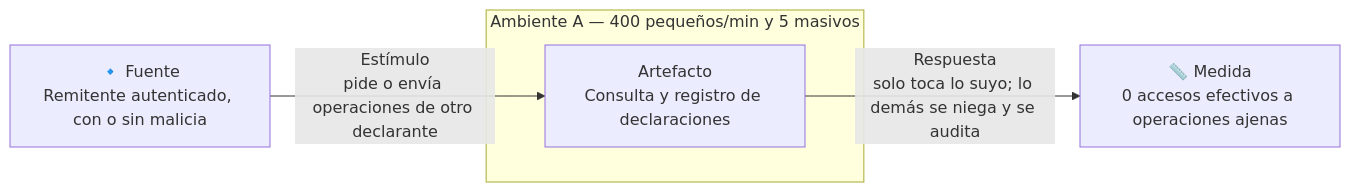
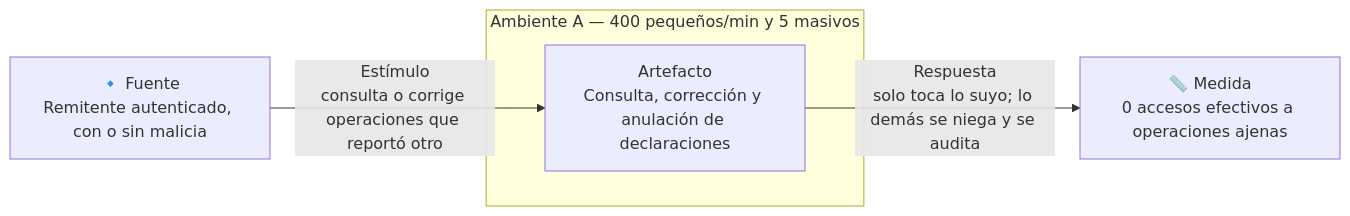
The tenth of 17 diagrams in docs/quality-attributes.md (MATI-MBIT/arqsoft-reto-4), drawn with Mermaid before and after one commit. The commit also changed other lines of this file and 5 other files, not shown here.

````diff
--- a/docs/quality-attributes.md
+++ b/docs/quality-attributes.md
@@ -357,9 +365,9 @@
 ```mermaid
 flowchart LR
     F["🔹 Fuente<br/>Remitente autenticado, con o sin malicia"]
-    F -- "Estímulo<br/>pide o envía operaciones de otro declarante" --> A
+    F -- "Estímulo<br/>consulta o corrige operaciones que reportó otro" --> A
     subgraph AMB["Ambiente A — 400 pequeños/min y 5 masivos"]
-        A["Artefacto<br/>Consulta y registro de declaraciones"]
+        A["Artefacto<br/>Consulta, corrección y anulación de declaraciones"]
     end
     A -- "Respuesta<br/>solo toca lo suyo; lo demás se niega y se audita" --> M["📏 Medida<br/>0 accesos efectivos a operaciones ajenas"]
 ```
````
